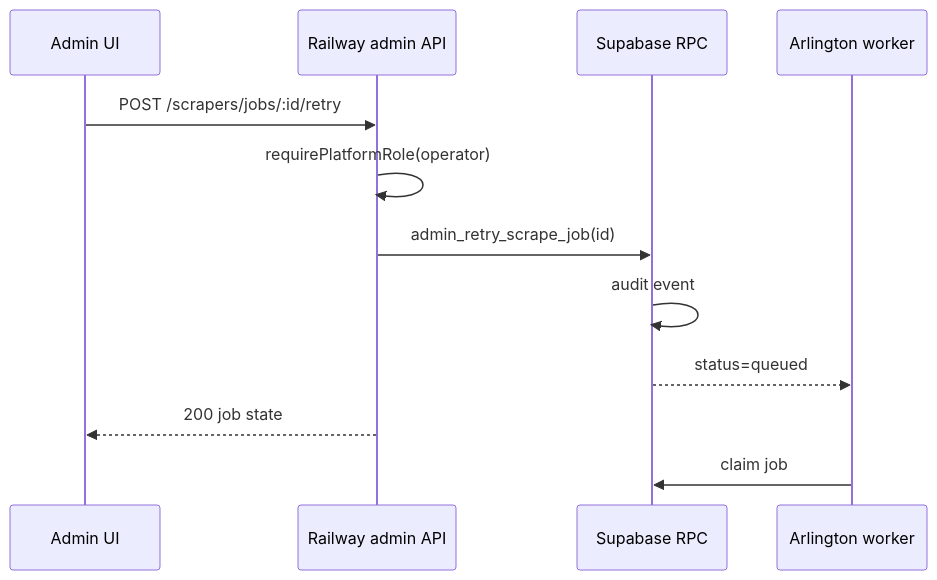
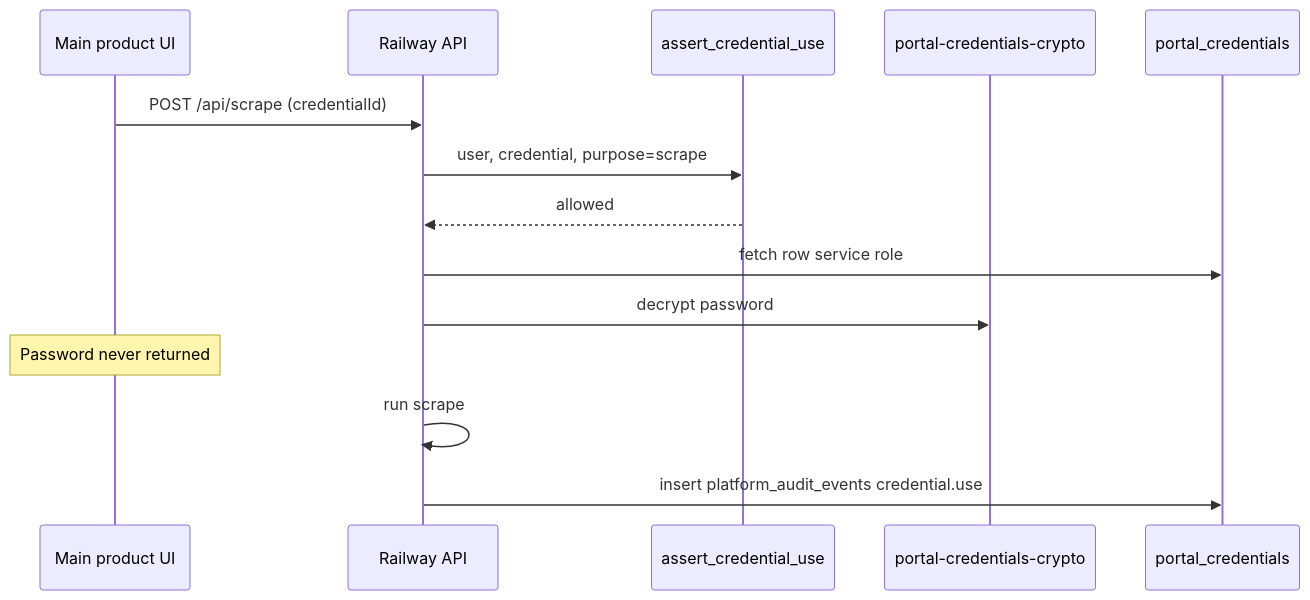
One commit to epermitarthouse-rgb/Epermit-main changed the first of 2 diagrams in docs/admin-dashboard/ADMIN_DATA_AND_API_CONTRACTS.md. Above: the diagram before and after it, drawn with Mermaid. The commit also changed other lines of this file and 9 other files, not shown here.

First line of the commit message:
Revise admin dashboard architecture to focused governance scope.

````diff
--- a/docs/admin-dashboard/ADMIN_DATA_AND_API_CONTRACTS.md
+++ b/docs/admin-dashboard/ADMIN_DATA_AND_API_CONTRACTS.md
@@ -239,15 +150,17 @@
 ```mermaid
 sequenceDiagram
-  participant UI as Admin UI
-  participant API as Railway admin API
-  participant RPC as Supabase RPC
-  participant Worker as Arlington worker
+  participant Product as Main product UI
+  participant API as Railway API
+  participant Assert as assert_credential_use
+  participant Crypto as portal-credentials-crypto
+  participant DB as portal_credentials
 
-  UI->>API: POST /scrapers/jobs/:id/retry
-  API->>API: requirePlatformRole(operator)
-  API->>RPC: admin_retry_scrape_job(id)
-  RPC->>RPC: audit event
-  RPC-->>Worker: status=queued
-  API-->>UI: 200 job state
-  Worker->>RPC: claim job
+  Product->>API: POST /api/scrape (credentialId)
+  API->>Assert: user, credential, purpose=scrape
+  Assert-->>API: allowed
+  API->>DB: fetch row service role
+  API->>Crypto: decrypt password
+  Note over Product: Password never returned
+  API->>API: run scrape
+  API->>DB: insert platform_audit_events credential.use
 ```
````
